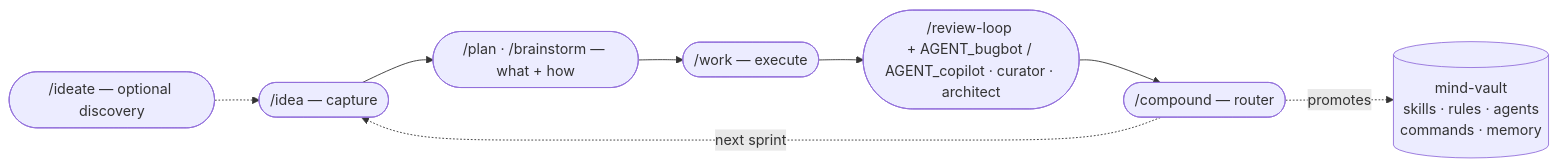
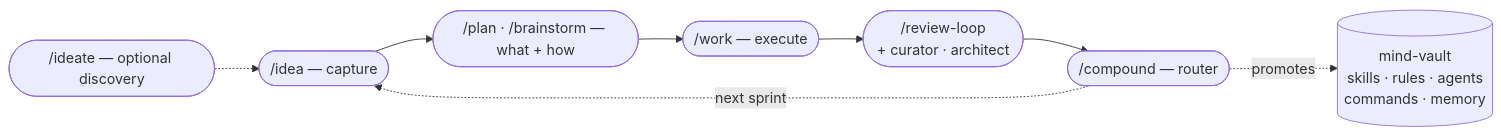
The diagram in README.md (infohata/mind-vault), drawn with Mermaid before and after one commit. The commit also changed other lines of this file and 29 other files, not shown here.

````diff
--- a/README.md
+++ b/README.md
@@ -25,10 +23,10 @@
 ```mermaid
 flowchart LR
     I0(["/ideate — optional discovery"]) -.-> I1
     I1(["/idea — capture"]) --> P
     P(["/plan · /brainstorm — what + how"]) --> W
     W(["/work — execute"]) --> R
-    R(["/review-loop <engine>\n+ AGENT_bugbot / AGENT_copilot · curator · architect"]) --> C
+    R(["/review-loop <engine>\n+ curator · architect"]) --> C
     C(["/compound — router"]) -.promotes.-> V[("mind-vault\nskills · rules · agents\ncommands · memory")]
     C -.next sprint.-> I1
 ```
````
